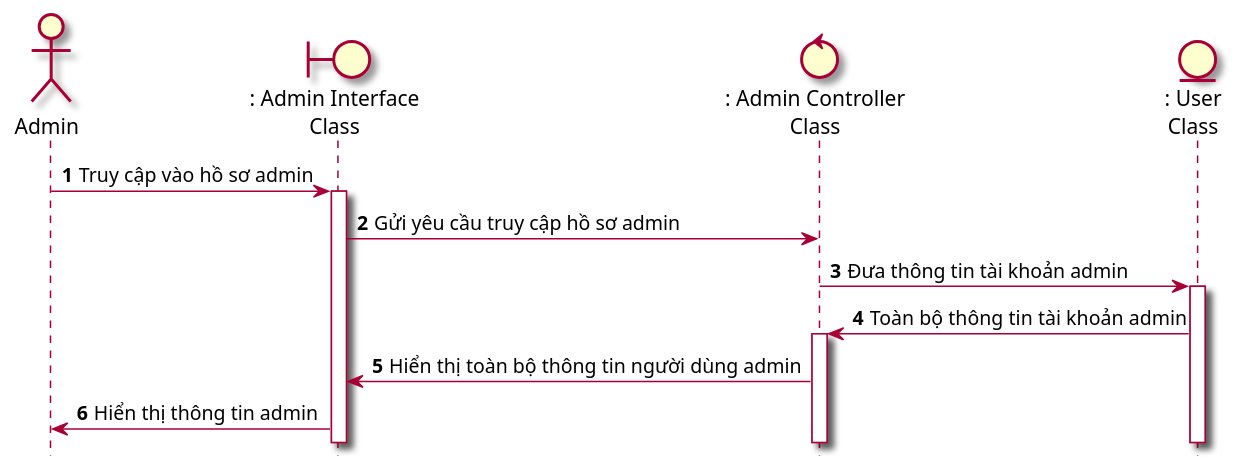
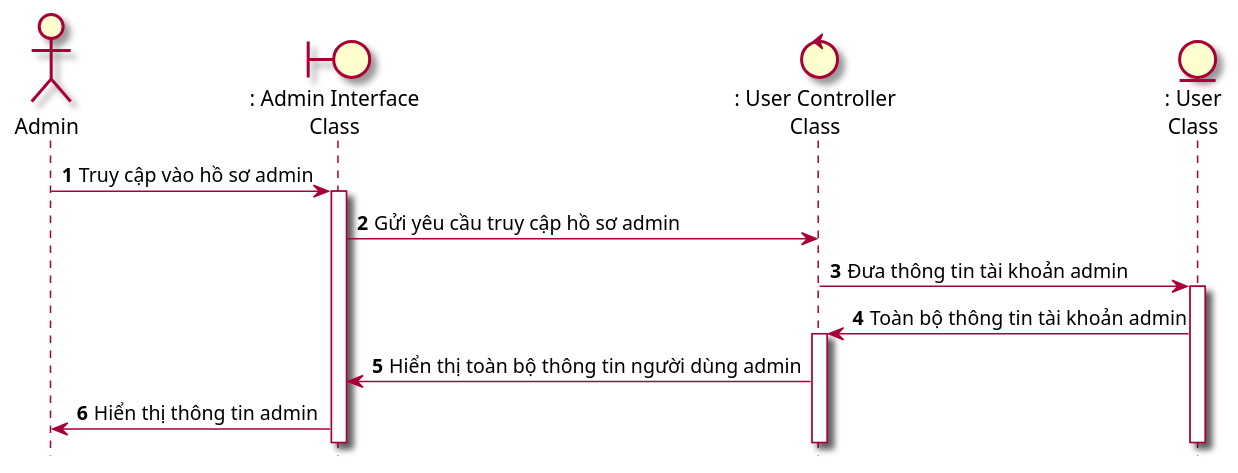
One commit to Griselda4774/EAS-EmploymentAssistanceSystem changed the diagram in Lab1/Lab 1.2 Diagram/Sequence/FilePUML/7.1 SeqTruyCapHoSoAdmin.puml. Above: the diagram before and after it, drawn with PlantUML. The commit also changed 12 other files, not shown here.

```diff
--- a/Lab1/Lab 1.2 Diagram/Sequence/FilePUML/7.1 SeqTruyCapHoSoAdmin.puml
+++ b/Lab1/Lab 1.2 Diagram/Sequence/FilePUML/7.1 SeqTruyCapHoSoAdmin.puml
@@ -1,15 +1,15 @@
 @startuml SeqTruyCapHoSoAdmin
 skin rose 
 hide footbox
 actor admin as "Admin"
 boundary adminInterface as ": Admin Interface\nClass"
-control adminController as ": Admin Controller\nClass"
+control userController as ": User Controller\nClass"
 entity User as ": User\nClass"
 autonumber
 admin -> adminInterface++: Truy cập vào hồ sơ admin
-adminInterface -> adminController: Gửi yêu cầu truy cập hồ sơ admin
-adminController -> User++: Đưa thông tin tài khoản admin
-User -> adminController++: Toàn bộ thông tin tài khoản admin 
-adminController -> adminInterface: Hiển thị toàn bộ thông tin người dùng admin
+adminInterface -> userController: Gửi yêu cầu truy cập hồ sơ admin
+userController -> User++: Đưa thông tin tài khoản admin
+User -> userController++: Toàn bộ thông tin tài khoản admin 
+userController -> adminInterface: Hiển thị toàn bộ thông tin người dùng admin
 adminInterface -> admin: Hiển thị thông tin admin
 @enduml
```
